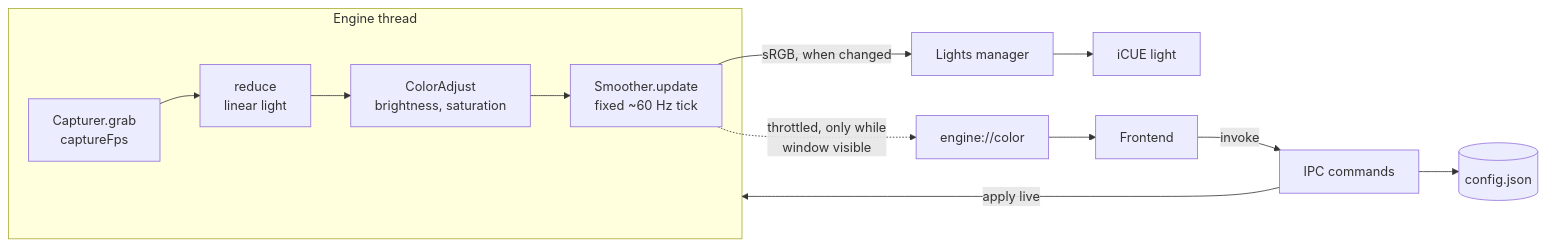
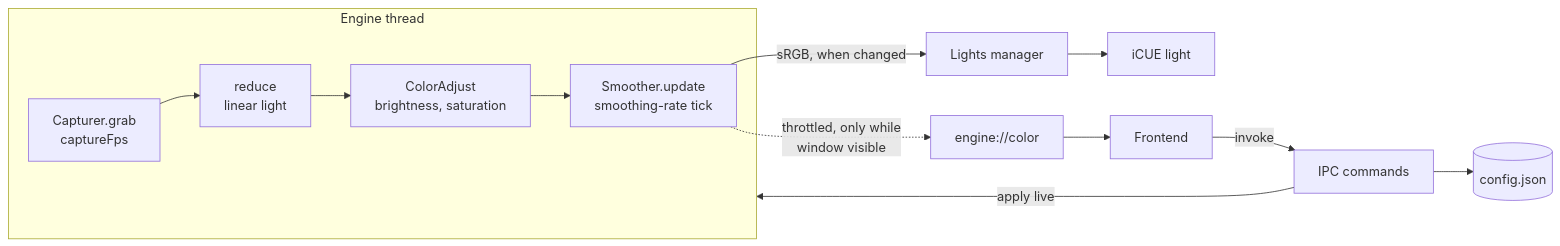
One commit to smolnetim/glowdrift changed the diagram in docs/architecture.md. Above: the diagram before and after it, drawn with Mermaid. The commit also changed other lines of this file and 1 other file, not shown here.

Commit message:
docs: describe the derived smoothing rate

````diff
--- a/docs/architecture.md
+++ b/docs/architecture.md
@@ -23,15 +23,15 @@
 ```mermaid
 flowchart LR
     subgraph engine [Engine thread]
         CAP[Capturer.grab<br/>captureFps] --> RED[reduce<br/>linear light]
         RED --> ADJ[ColorAdjust<br/>brightness, saturation]
-        ADJ --> SM[Smoother.update<br/>fixed ~60 Hz tick]
+        ADJ --> SM[Smoother.update<br/>smoothing-rate tick]
     end
     SM -->|sRGB, when changed| OUT[Lights manager]
     OUT --> ICUE[iCUE light]
     SM -.->|throttled, only while<br/>window visible| EVT[engine://color]
     EVT --> UI[Frontend]
     UI -->|invoke| CMD[IPC commands]
     CMD --> CFG[(config.json)]
     CMD -->|apply live| engine
 ```
````
